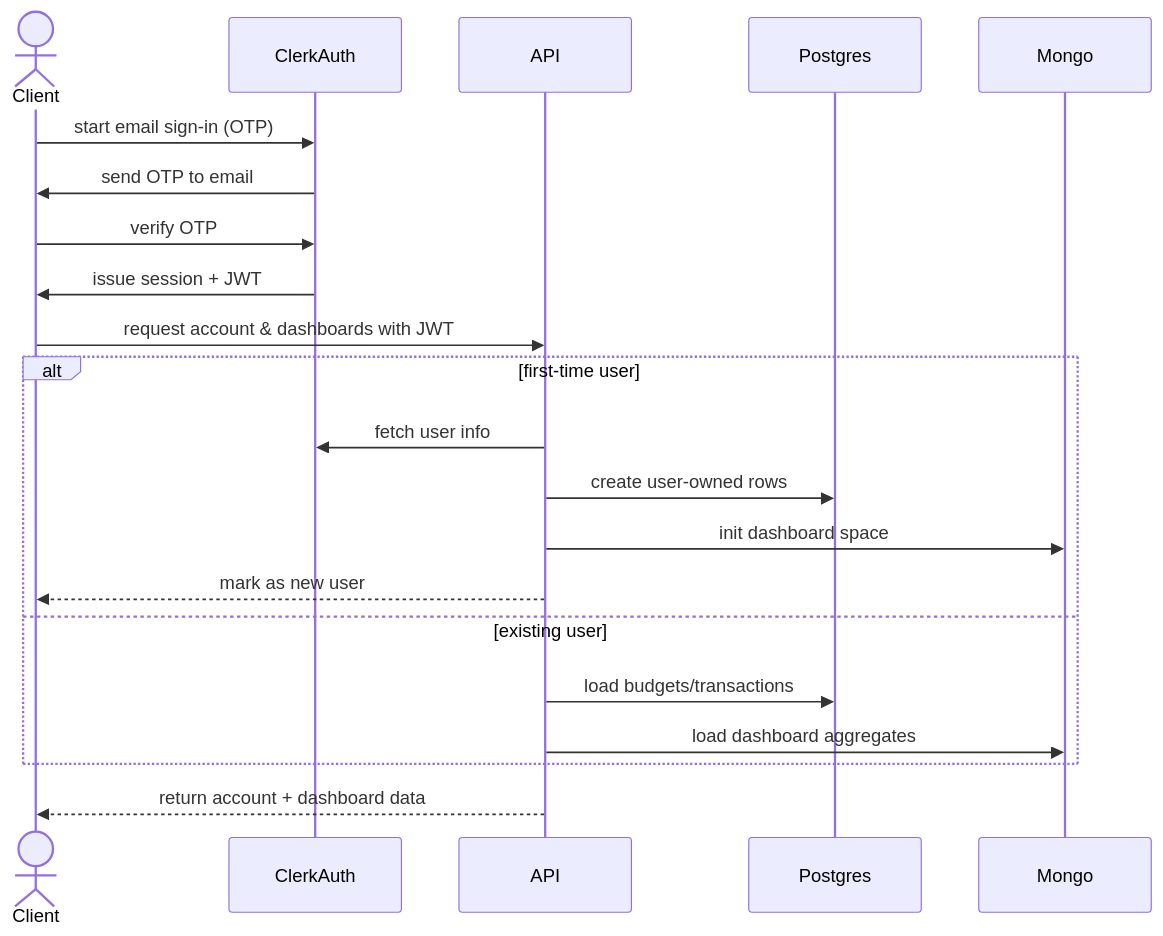
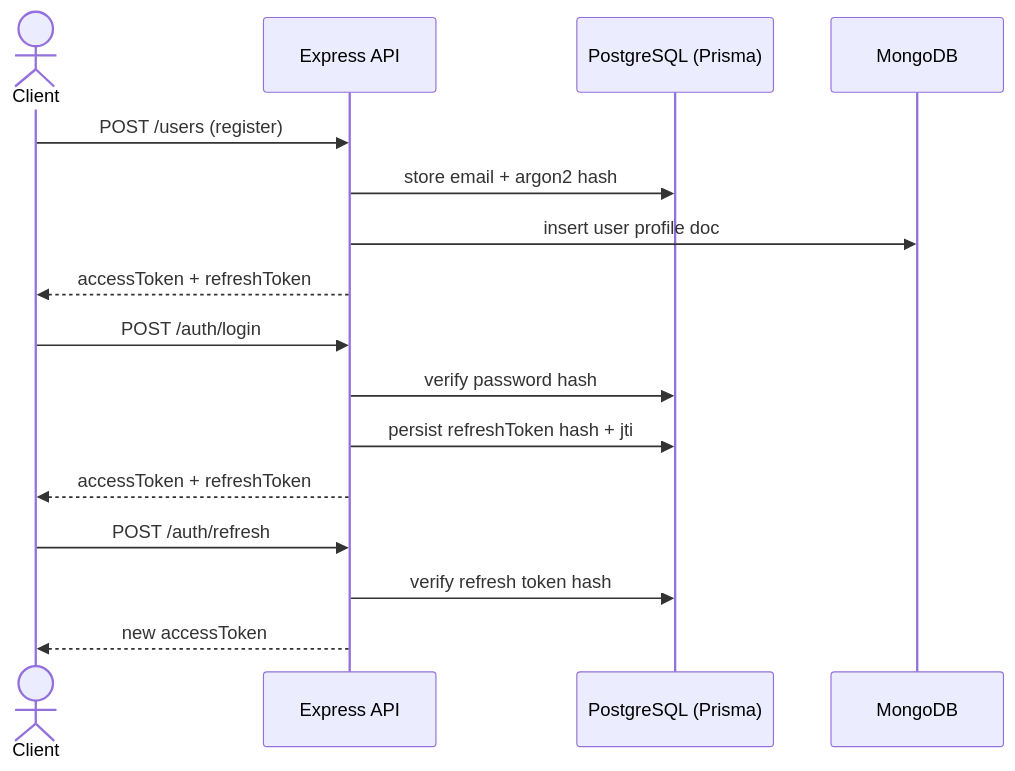
Before and after one commit to l-quincy01/uni-scheduler: the third of 5 diagrams in README.md, drawn with Mermaid. The commit also changed other lines of this file, not shown here.

````diff
--- a/README.md
+++ b/README.md
@@ -105,20 +122,21 @@
 ```mermaid
 sequenceDiagram
     actor Client
-    Client ->> ClerkAuth: start email sign-in (OTP)
-    ClerkAuth ->> Client: send OTP to email
-    Client ->> ClerkAuth: verify OTP
-    ClerkAuth ->> Client: issue session + JWT
+    participant API as Express API
+    participant PSQL as PostgreSQL (Prisma)
+    participant M as MongoDB
 
-    Client ->> API: request account & dashboards with JWT
-    alt first-time user
-        API ->> ClerkAuth: fetch user info
-        API ->> Postgres: create user-owned rows
-        API ->> Mongo: init dashboard space
-        API -->> Client: mark as new user
-    else existing user
-        API ->> Postgres: load budgets/transactions
-        API ->> Mongo: load dashboard aggregates
-    end
-    API -->> Client: return account + dashboard data
+    Client ->> API: POST /users (register)
+    API ->> PSQL: store email + argon2 hash
+    API ->> M: insert user profile doc
+    API -->> Client: accessToken + refreshToken
+
+    Client ->> API: POST /auth/login
+    API ->> PSQL: verify password hash
+    API ->> PSQL: persist refreshToken hash + jti
+    API -->> Client: accessToken + refreshToken
+
+    Client ->> API: POST /auth/refresh
+    API ->> PSQL: verify refresh token hash
+    API -->> Client: new accessToken
 ```
````
